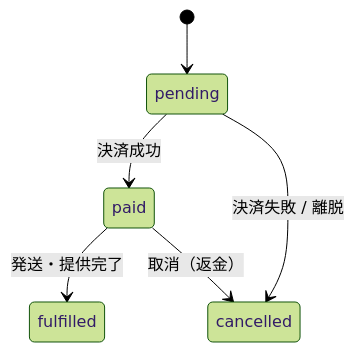
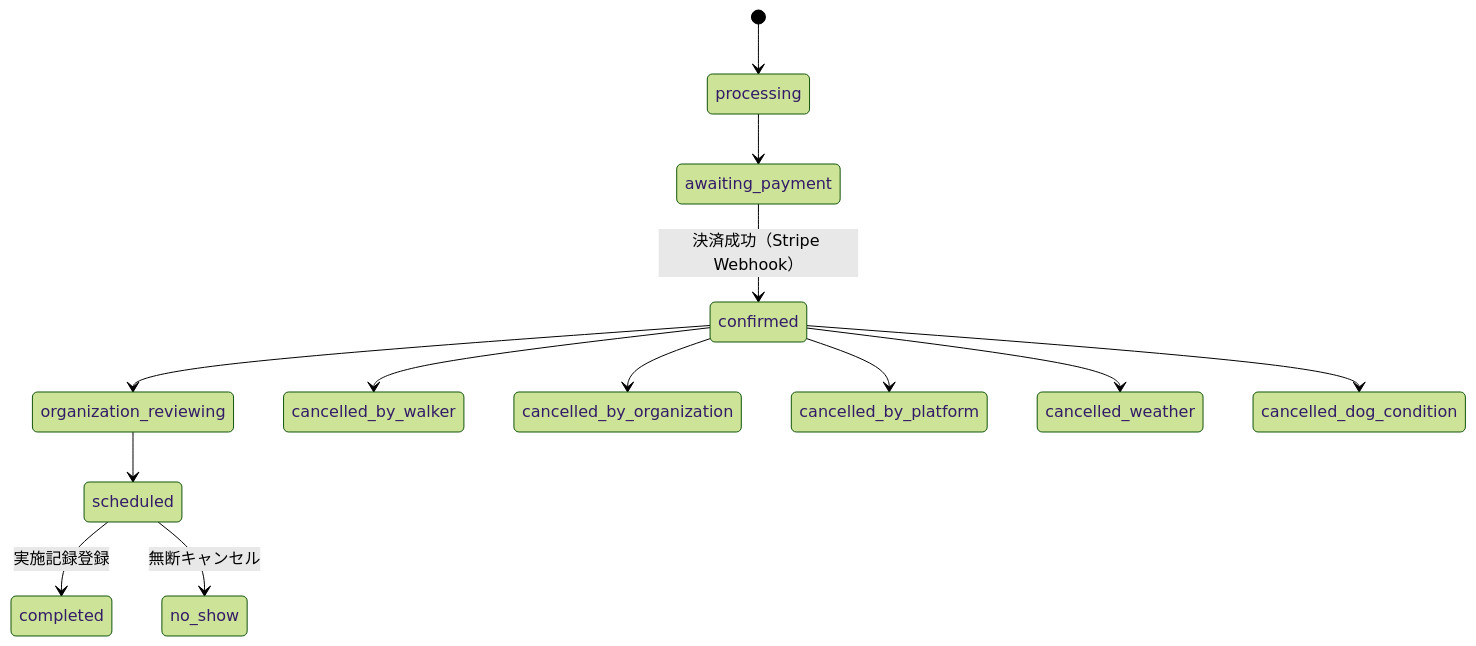
One commit to team-natural/walk-pet-kampo changed the first of 2 diagrams in docs/3-development/09-state-machine-spec.md. Above: the diagram before and after it, drawn with Mermaid (forest theme). The commit also changed other lines of this file and 24 other files, not shown here.

````diff
--- a/docs/3-development/09-state-machine-spec.md
+++ b/docs/3-development/09-state-machine-spec.md
@@ -248,8 +907,15 @@
 ```mermaid
 stateDiagram-v2
-    [*] --> pending
-    pending --> paid: 決済成功
-    pending --> cancelled: 決済失敗 / 離脱
-    paid --> fulfilled: 発送・提供完了
-    paid --> cancelled: 取消（返金）
+    [*] --> processing
+    processing --> awaiting_payment
+    awaiting_payment --> confirmed: 決済成功（Stripe Webhook）
+    confirmed --> organization_reviewing
+    organization_reviewing --> scheduled
+    scheduled --> completed: 実施記録登録
+    scheduled --> no_show: 無断キャンセル
+    confirmed --> cancelled_by_walker
+    confirmed --> cancelled_by_organization
+    confirmed --> cancelled_by_platform
+    confirmed --> cancelled_weather
+    confirmed --> cancelled_dog_condition
 ```
````
